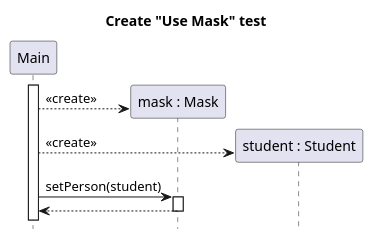
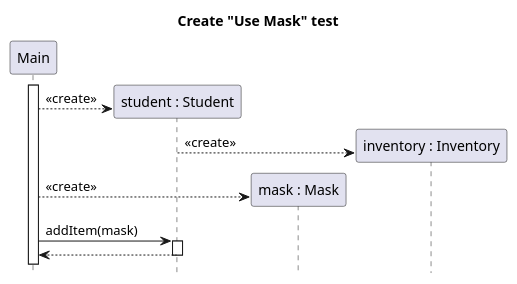
Before and after one commit to sn4k3ch4rm3r/logarlec: the diagram in docs/diagrams/test-create-sequence/student-use-mask-create.puml, drawn with PlantUML. The commit also changed 9 other files, not shown here.

Commit message:
Fixed mistakes in create sequences

```diff
--- a/docs/diagrams/test-create-sequence/student-use-mask-create.puml
+++ b/docs/diagrams/test-create-sequence/student-use-mask-create.puml
@@ -1,18 +1,22 @@
 @startuml student-use-mask-create
 
 title Create "Use Mask" test
 hide footbox
 
 participant "Main" as main
+participant "student : Student" as student
 participant "mask : Mask" as mask
-participant "student : Student" as student
+participant "inventory : Inventory" as inventory
+
 
 main++
+create student
+main --> student : <<create>>
+create inventory
+student --> inventory : <<create>>
 create mask
 main --> mask : <<create>>
-create student
-main --> student : <<create>>
-main -> mask ++: setPerson(student)
+main -> student ++: addItem(mask)
 return
 
 @enduml
```
